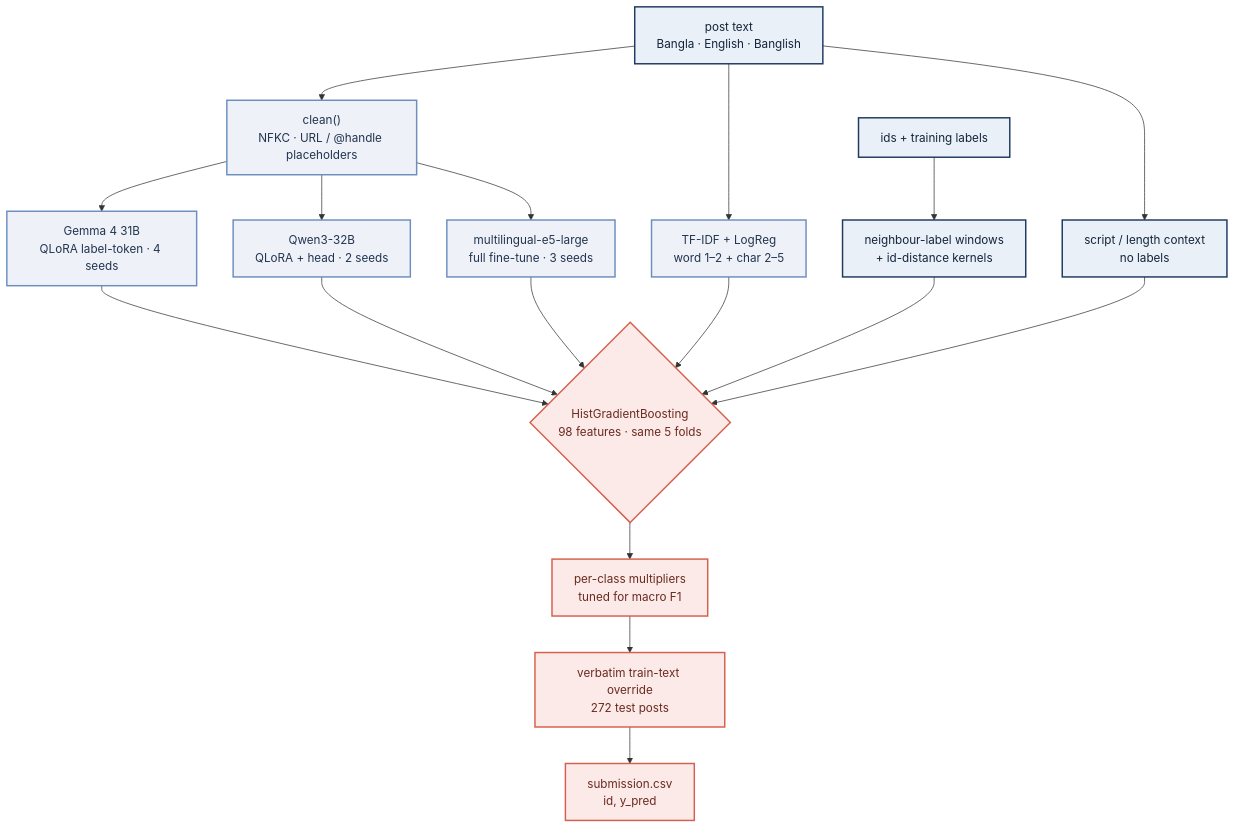
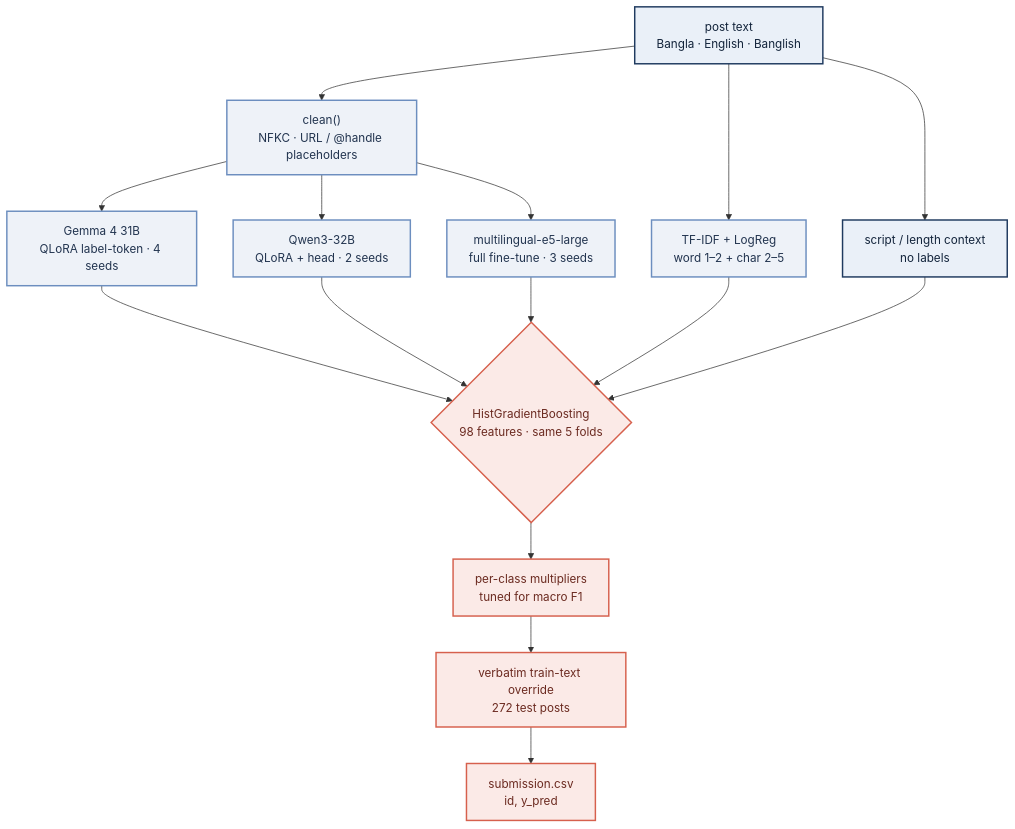
Before and after one commit to farhanishraq17/IUT_BakeNekos-HerWillxUAP-Datathon-1st-Runners-up-Solution: the diagram in README.md, drawn with Mermaid. The commit also changed other lines of this file, not shown here.

````diff
--- a/README.md
+++ b/README.md
@@ -147,23 +117,21 @@
 ```mermaid
 flowchart TD
     X["post text<br/>Bangla · English · Banglish"] --> CL["clean()<br/>NFKC · URL / @handle placeholders"]
     CL --> G["Gemma 4 31B<br/>QLoRA label-token · 4 seeds"]
     CL --> Q["Qwen3-32B<br/>QLoRA + head · 2 seeds"]
     CL --> E["multilingual-e5-large<br/>full fine-tune · 3 seeds"]
     X --> F["TF-IDF + LogReg<br/>word 1–2 + char 2–5"]
-    I["ids + training labels"] --> N["neighbour-label windows<br/>+ id-distance kernels"]
     X --> K["script / length context<br/>no labels"]
     G & Q & E & F --> H{"HistGradientBoosting<br/>98 features · same 5 folds"}
-    N --> H
     K --> H
     H --> M["per-class multipliers<br/>tuned for macro F1"]
     M --> V["verbatim train-text override<br/>272 test posts"]
     V --> O["submission.csv<br/>id, y_pred"]
 
     classDef txt fill:#EEF2F8,stroke:#6C8EBF,stroke-width:2px,color:#22344F
     classDef ctx fill:#EAF0F8,stroke:#1F3A5F,stroke-width:2px,color:#13243B
     classDef stk fill:#FBEAE7,stroke:#D6604D,stroke-width:2px,color:#6B2A20
     class G,Q,E,F,CL txt
-    class X,I,N,K ctx
+    class X,K ctx
     class H,M,V,O stk
 ```
````
